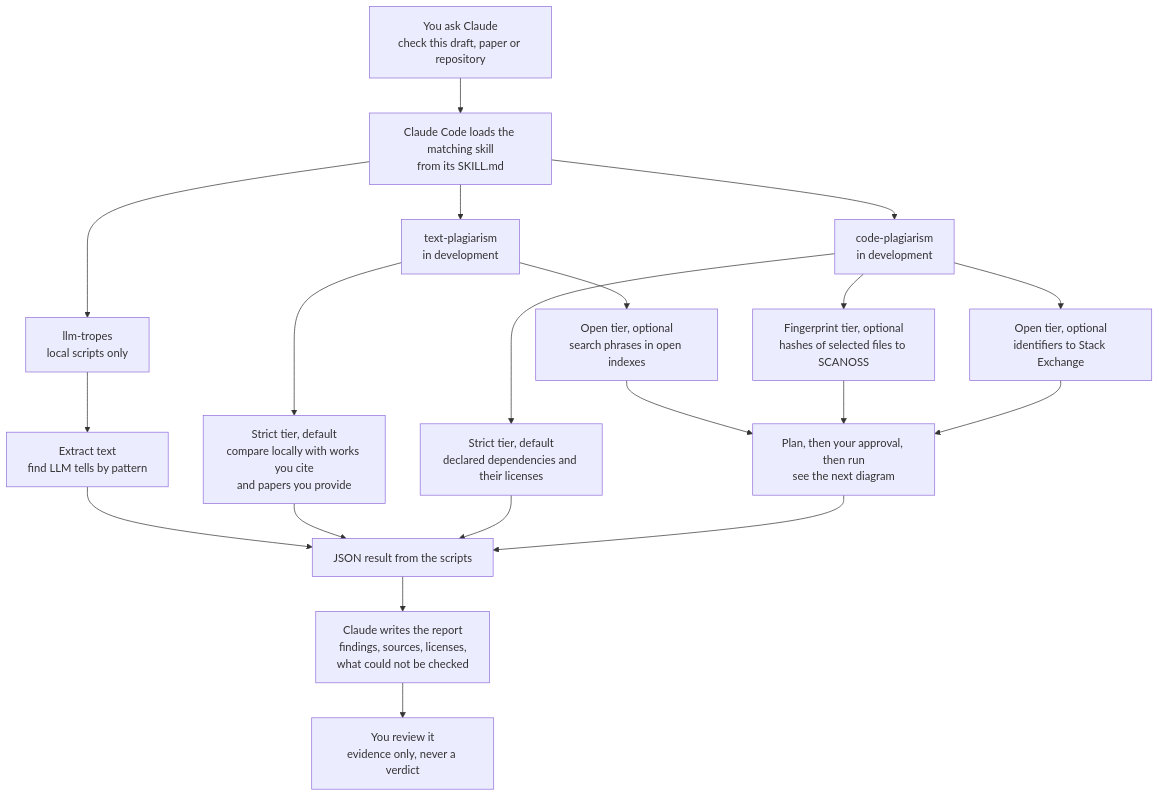
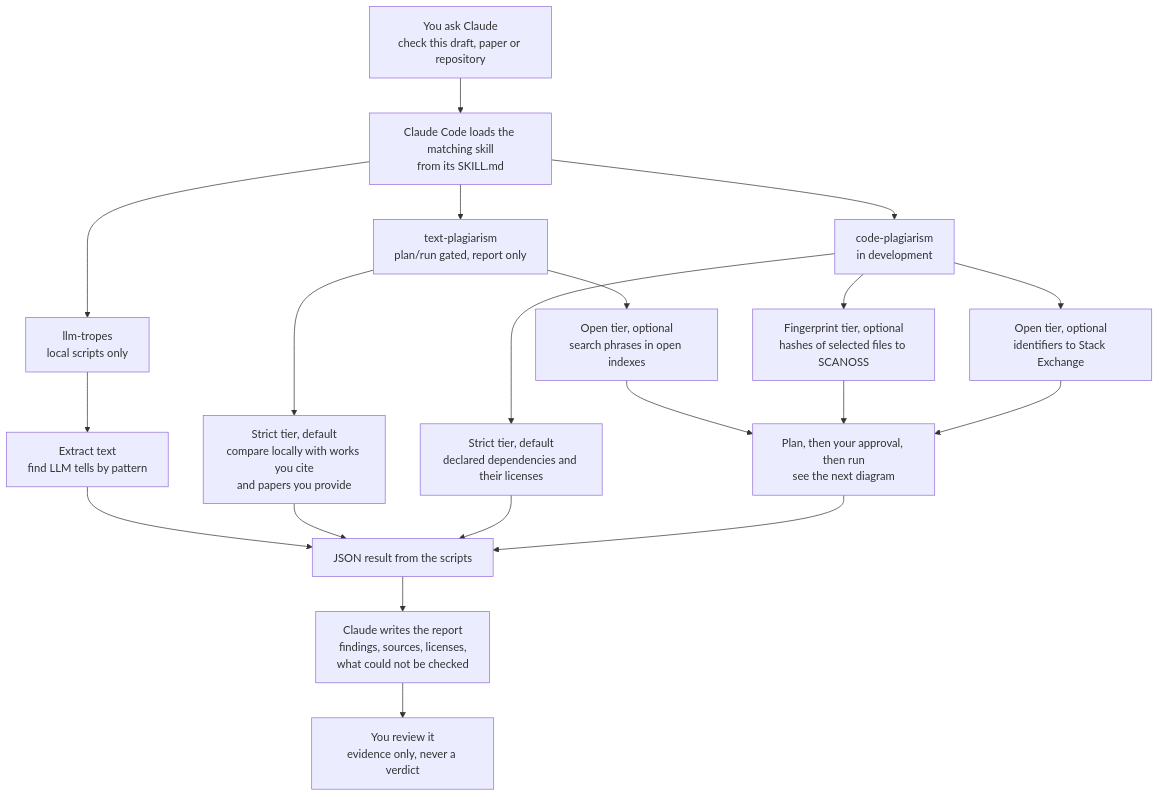
The first of 2 diagrams in README.md (alvarobernal2412/research-scanners), drawn with Mermaid before and after one commit. The commit also changed other lines of this file and 10 other files, not shown here.

Commit message:
docs(text-plagiarism): add SKILL.md, README and references

````diff
--- a/README.md
+++ b/README.md
@@ -47,28 +47,28 @@
 ```mermaid
 flowchart TD
     U["You ask Claude<br/>check this draft, paper or repository"] --> C["Claude Code loads the matching skill<br/>from its SKILL.md"]
 
     C --> T["llm-tropes<br/>local scripts only"]
-    C --> X["text-plagiarism<br/>in development"]
+    C --> X["text-plagiarism<br/>plan/run gated, report only"]
     C --> K["code-plagiarism<br/>in development"]
 
     T --> T1["Extract text<br/>find LLM tells by pattern"]
     T1 --> R["JSON result from the scripts"]
 
     X --> X1["Strict tier, default<br/>compare locally with works you cite<br/>and papers you provide"]
     X --> X2["Open tier, optional<br/>search phrases in open indexes"]
     K --> K1["Strict tier, default<br/>declared dependencies and their licenses"]
     K --> K2["Fingerprint tier, optional<br/>hashes of selected files to SCANOSS"]
     K --> K3["Open tier, optional<br/>identifiers to Stack Exchange"]
 
     X1 --> R
     K1 --> R
     X2 --> G
     K2 --> G
     K3 --> G
 
     G["Plan, then your approval, then run<br/>see the next diagram"] --> R
 
     R --> M["Claude writes the report<br/>findings, sources, licenses,<br/>what could not be checked"]
     M --> U2["You review it<br/>evidence only, never a verdict"]
 ```
````
